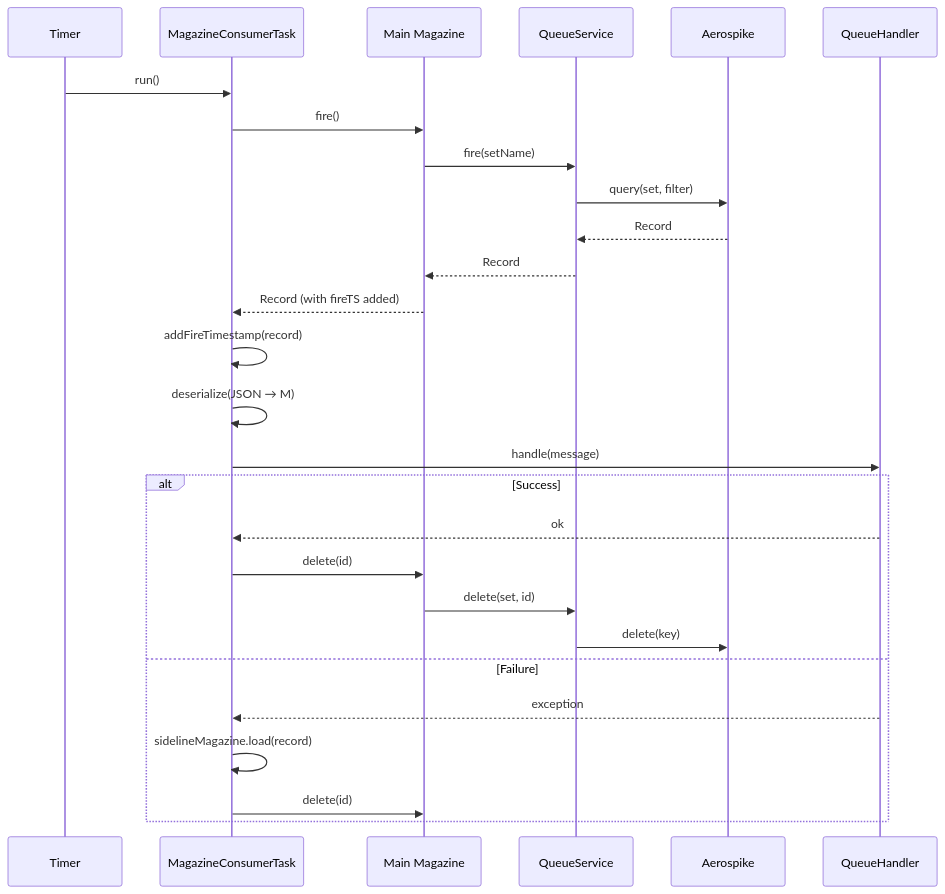
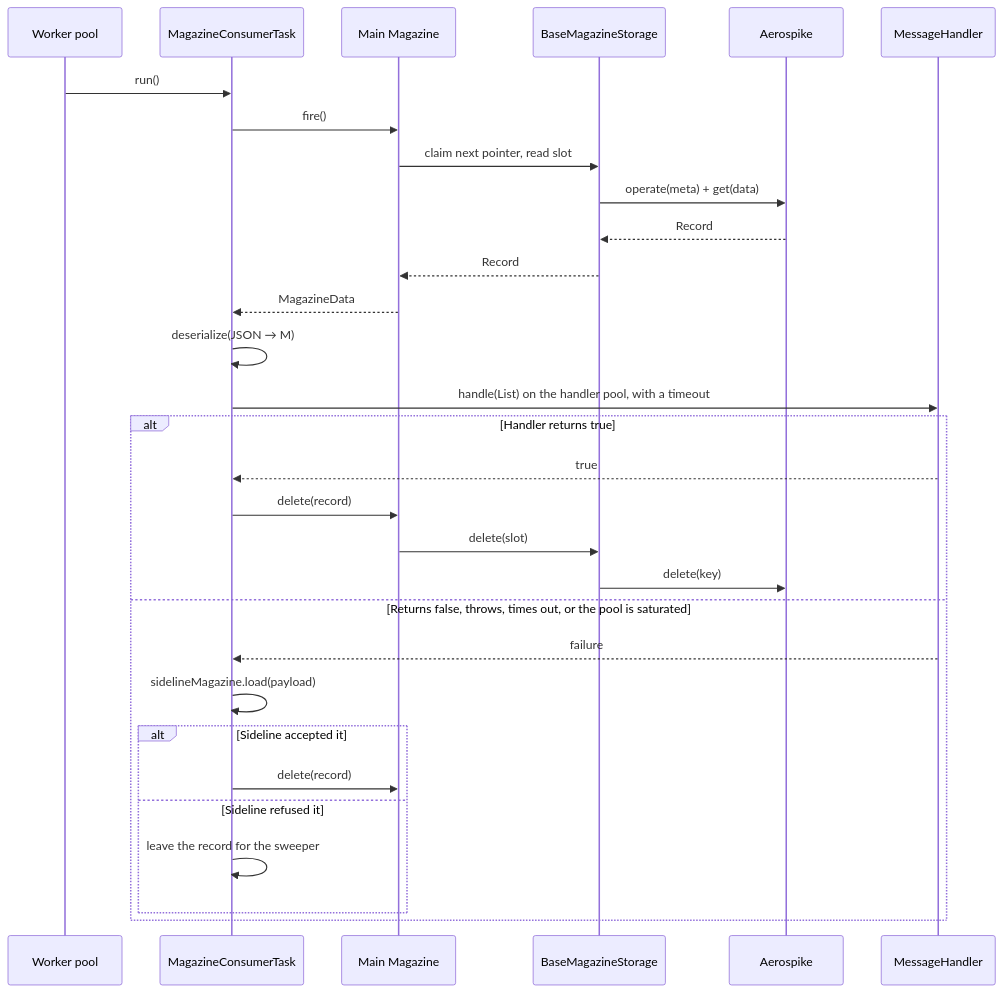
The fourth of 10 diagrams in docs/docs/architecture.md (PhonePe/IgnisMQ), drawn with Mermaid before and after one commit. The commit also changed other lines of this file and 39 other files, not shown here.

````diff
--- a/docs/docs/architecture.md
+++ b/docs/docs/architecture.md
@@ -260,31 +281,34 @@
 ```mermaid
 sequenceDiagram
-    participant T as Timer
+    participant T as Worker pool
     participant CT as MagazineConsumerTask
     participant M as Main Magazine
-    participant QS as QueueService
+    participant MS as BaseMagazineStorage
     participant AS as Aerospike
-    participant H as QueueHandler
+    participant H as MessageHandler
 
     T->>CT: run()
     CT->>M: fire()
-    M->>QS: fire(setName)
-    QS->>AS: query(set, filter)
-    AS-->>QS: Record
-    QS-->>M: Record
-    M-->>CT: Record (with fireTS added)
-    CT->>CT: addFireTimestamp(record)
+    M->>MS: claim next pointer, read slot
+    MS->>AS: operate(meta) + get(data)
+    AS-->>MS: Record
+    MS-->>M: Record
+    M-->>CT: MagazineData
     CT->>CT: deserialize(JSON → M)
-    CT->>H: handle(message)
+    CT->>H: handle(List) on the handler pool, with a timeout
 
-    alt Success
-        H-->>CT: ok
-        CT->>M: delete(id)
-        M->>QS: delete(set, id)
-        QS->>AS: delete(key)
-    else Failure
-        H-->>CT: exception
-        CT->>CT: sidelineMagazine.load(record)
-        CT->>M: delete(id)
+    alt Handler returns true
+        H-->>CT: true
+        CT->>M: delete(record)
+        M->>MS: delete(slot)
+        MS->>AS: delete(key)
+    else Returns false, throws, times out, or the pool is saturated
+        H-->>CT: failure
+        CT->>CT: sidelineMagazine.load(payload)
+        alt Sideline accepted it
+            CT->>M: delete(record)
+        else Sideline refused it
+            CT->>CT: leave the record for the sweeper
+        end
     end
 ```
````
